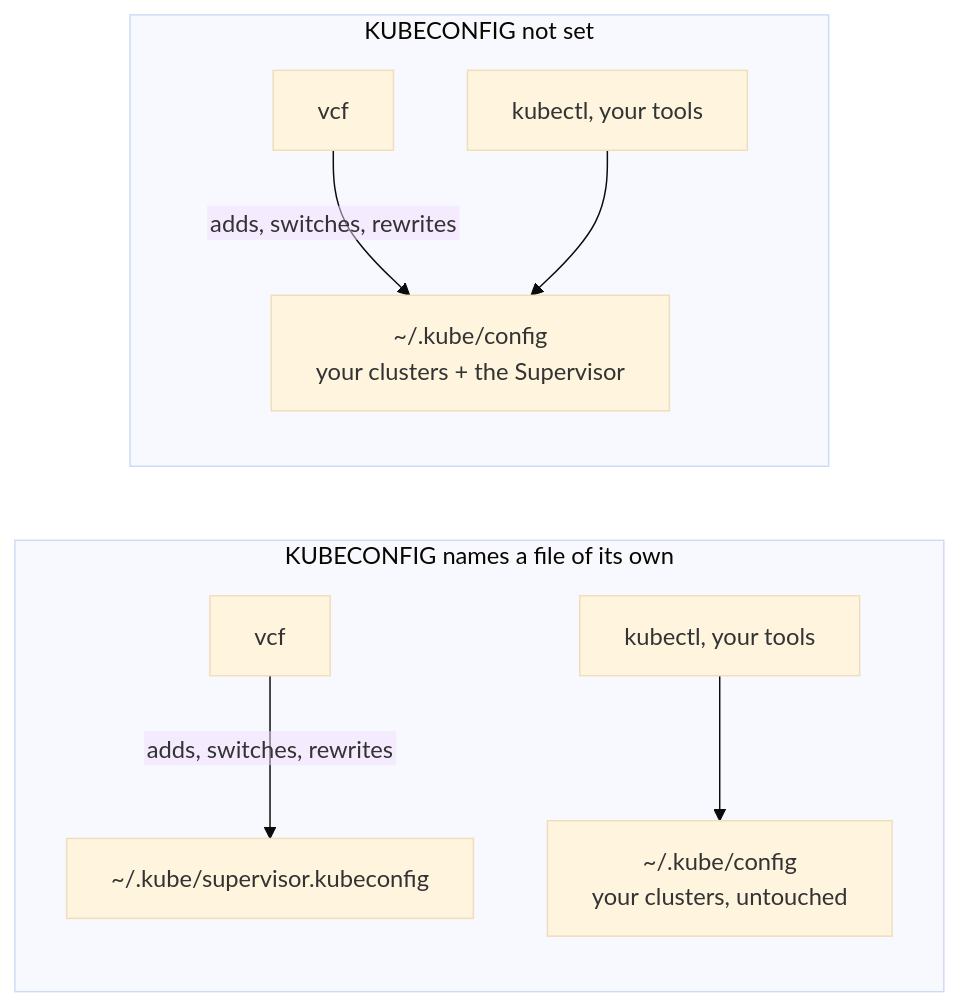
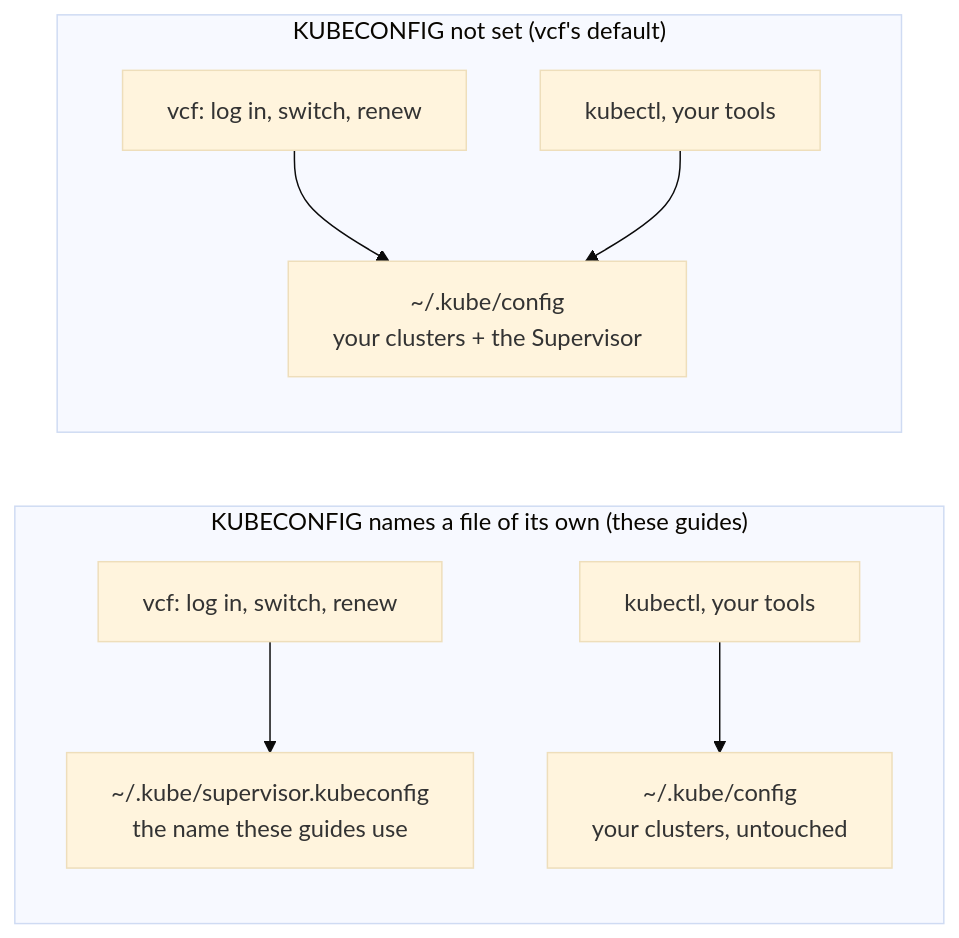
Before and after one commit to AndriyKalashnykov/vks-guides: the second of 4 diagrams in docs/VCF.md, drawn with Mermaid (base theme). The commit also changed other lines of this file, not shown here.

Commit message:
docs: VCF.md says where vcf writes is its own behaviour and supervisor.kubeconfig is the guides' name; diagram without struck-through edge labels (#129)

````diff
--- a/docs/VCF.md
+++ b/docs/VCF.md
@@ -311,12 +313,12 @@
 ```mermaid
 %%{init: {"flowchart": {"htmlLabels": false, "wrappingWidth": 600}}}%%
 flowchart LR
-  subgraph separate["KUBECONFIG names a file of its own"]
-    v2["vcf"] -- "adds, switches, rewrites" --> s2["~/.kube/supervisor.kubeconfig"]
+  subgraph separate["KUBECONFIG names a file of its own (these guides)"]
+    v2["vcf: log in, switch, renew"] --> s2["~/.kube/supervisor.kubeconfig<br/>the name these guides use"]
     k2["kubectl, your tools"] --> d2["~/.kube/config<br/>your clusters, untouched"]
   end
-  subgraph shared["KUBECONFIG not set"]
-    v1["vcf"] -- "adds, switches, rewrites" --> d1["~/.kube/config<br/>your clusters + the Supervisor"]
+  subgraph shared["KUBECONFIG not set (vcf's default)"]
+    v1["vcf: log in, switch, renew"] --> d1["~/.kube/config<br/>your clusters + the Supervisor"]
     k1["kubectl, your tools"] --> d1
   end
 ```
````
